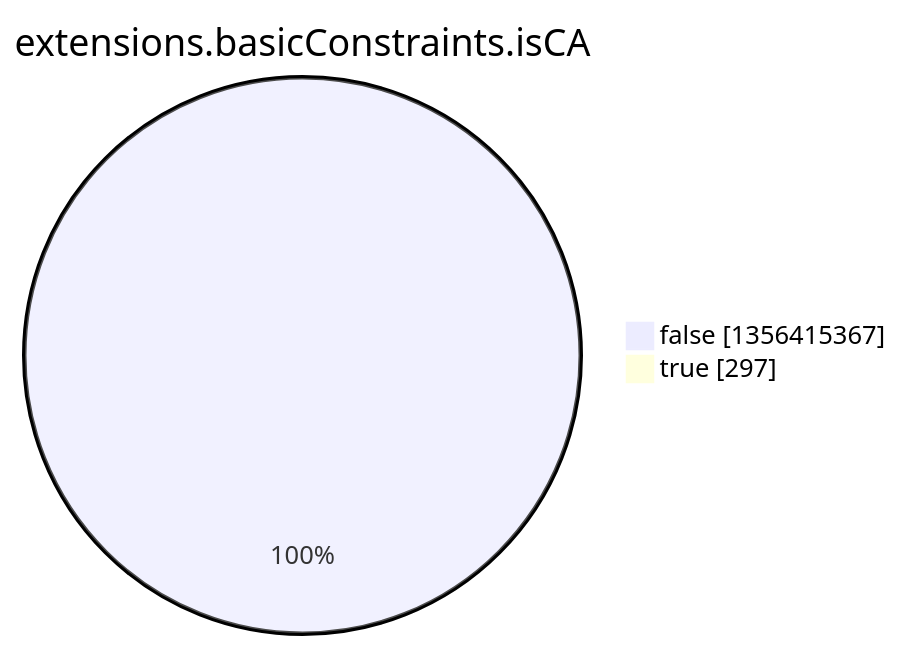
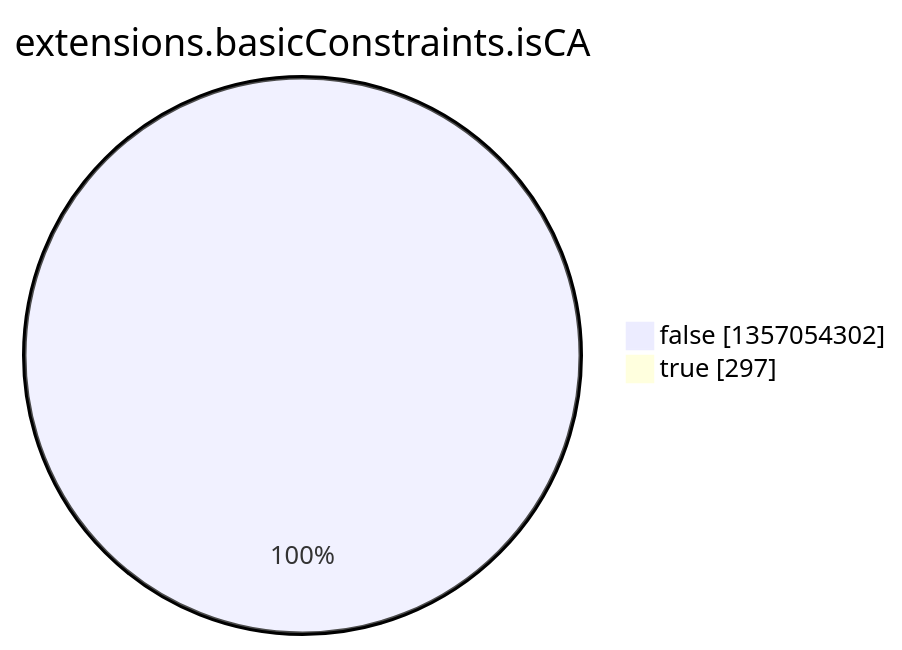
The eighth of 15 diagrams in argon2022/README.md (christiankrug/ctmonitor_visualization), drawn with Mermaid before and after one commit. The commit also changed other lines of this file, not shown here.

````diff
--- a/argon2022/README.md
+++ b/argon2022/README.md
@@ -2758,6 +2758,6 @@
 ```mermaid
 pie showData
 title extensions.basicConstraints.isCA
-"false" :1356415367
+"false" :1357054302
 "true" :297
 ```
````
